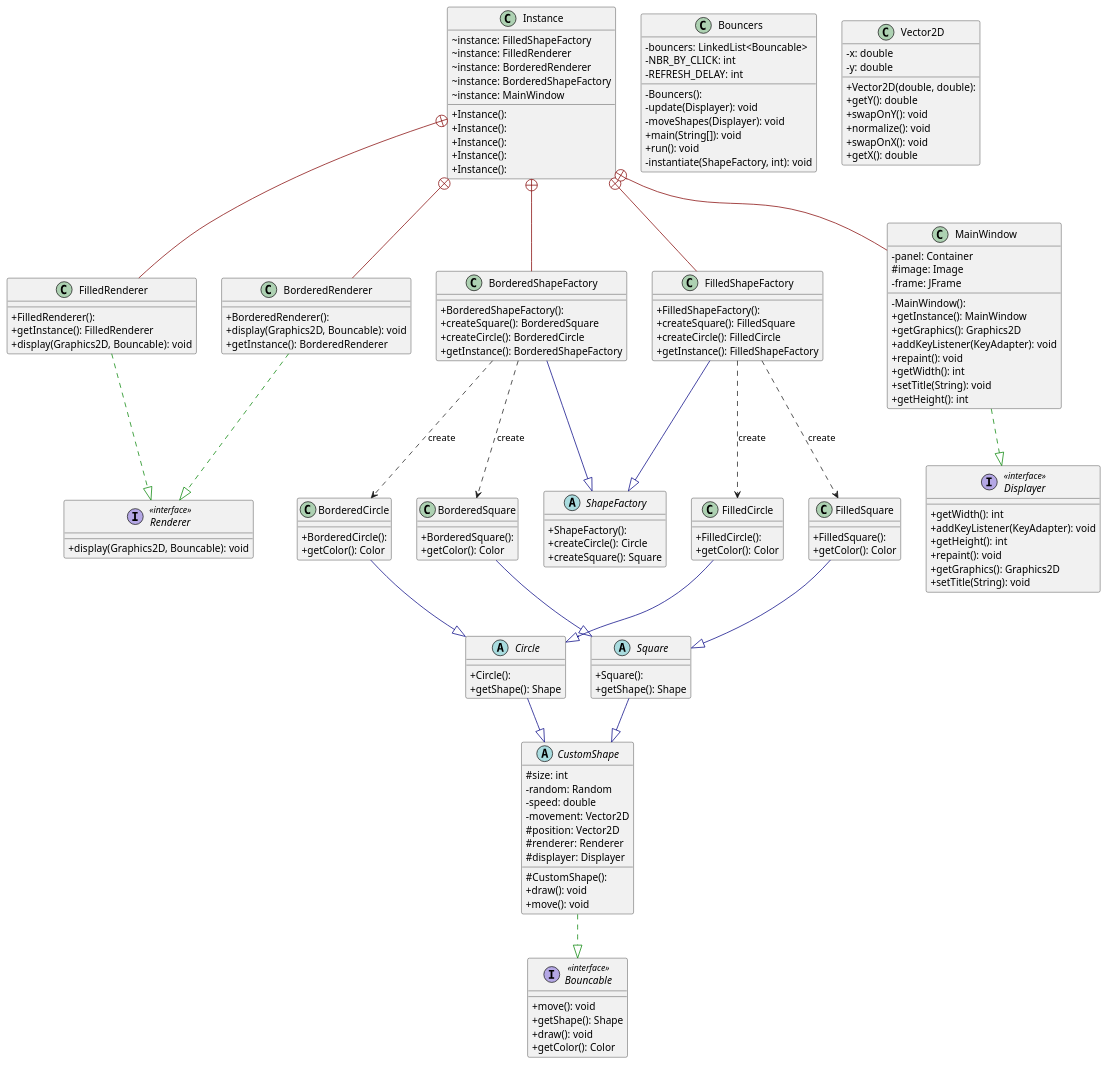
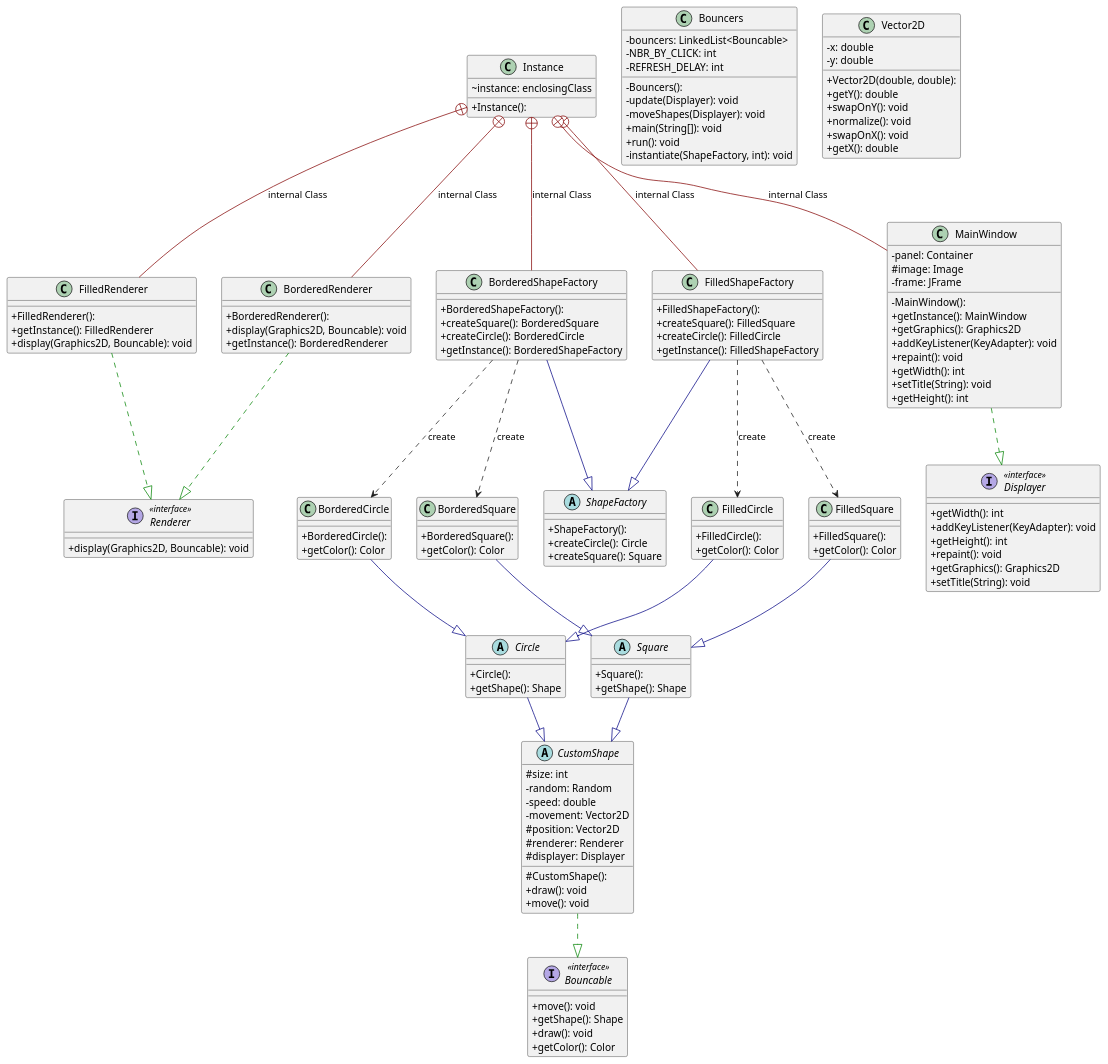
One commit to BetterBlood/WSI_JST_MCR_L2 changed the diagram in UML/diagram.plantuml. Above: the diagram before and after it, drawn with PlantUML. The commit also changed 1 other file, not shown here.

Commit message:
diagram png

```diff
--- a/UML/diagram.plantuml
+++ b/UML/diagram.plantuml
@@ -1,165 +1,149 @@
 @startuml Shapes_L2
 
 skinparam classAttributeIconSize 0
 
 class BorderedCircle {
   + BorderedCircle(): 
   + getColor(): Color
 }
 class BorderedRenderer {
   + BorderedRenderer(): 
   + display(Graphics2D, Bouncable): void
   + getInstance(): BorderedRenderer
 }
 class BorderedShapeFactory {
   + BorderedShapeFactory(): 
   + createSquare(): BorderedSquare
   + createCircle(): BorderedCircle
   + getInstance(): BorderedShapeFactory
 }
 class BorderedSquare {
   + BorderedSquare(): 
   + getColor(): Color
 }
 interface Bouncable << interface >> {
   + move(): void
   + getShape(): Shape
   + draw(): void
   + getColor(): Color
 }
 class Bouncers {
   - Bouncers(): 
   - bouncers: LinkedList<Bouncable>
   - NBR_BY_CLICK: int
   - REFRESH_DELAY: int
   - update(Displayer): void
   - moveShapes(Displayer): void
   + main(String[]): void
   + run(): void
   - instantiate(ShapeFactory, int): void
 }
 abstract class Circle {
   + Circle(): 
   + getShape(): Shape
 }
 abstract class CustomShape {
   # CustomShape(): 
   # size: int
   - random: Random
   - speed: double
   - movement: Vector2D
   # position: Vector2D
   # renderer: Renderer
   # displayer: Displayer
   + draw(): void
   + move(): void
 }
 interface Displayer << interface >> {
   + getWidth(): int
   + addKeyListener(KeyAdapter): void
   + getHeight(): int
   + repaint(): void
   + getGraphics(): Graphics2D
   + setTitle(String): void
 }
 class FilledCircle {
   + FilledCircle(): 
   + getColor(): Color
 }
 class FilledRenderer {
   + FilledRenderer(): 
   + getInstance(): FilledRenderer
   + display(Graphics2D, Bouncable): void
 }
 class FilledShapeFactory {
   + FilledShapeFactory(): 
   + createSquare(): FilledSquare
   + createCircle(): FilledCircle
   + getInstance(): FilledShapeFactory
 }
 class FilledSquare {
   + FilledSquare(): 
   + getColor(): Color
 }
 class Instance {
   + Instance(): 
-  ~ instance: FilledShapeFactory
-}
-class Instance {
-  + Instance(): 
-  ~ instance: FilledRenderer
-}
-class Instance {
-  + Instance(): 
-  ~ instance: BorderedRenderer
-}
-class Instance {
-  + Instance(): 
-  ~ instance: BorderedShapeFactory
-}
-class Instance {
-  + Instance(): 
-  ~ instance: MainWindow
+  ~ instance: enclosingClass
 }
 class MainWindow {
   - MainWindow(): 
   - panel: Container
   # image: Image
   - frame: JFrame
   + getInstance(): MainWindow
   + getGraphics(): Graphics2D
   + addKeyListener(KeyAdapter): void
   + repaint(): void
   + getWidth(): int
   + setTitle(String): void
   + getHeight(): int
 }
 interface Renderer << interface >> {
   + display(Graphics2D, Bouncable): void
 }
 abstract class ShapeFactory {
   + ShapeFactory(): 
   + createCircle(): Circle
   + createSquare(): Square
 }
 abstract class Square {
   + Square(): 
   + getShape(): Shape
 }
 class Vector2D {
   + Vector2D(double, double): 
   - x: double
   - y: double
   + getY(): double
   + swapOnY(): void
   + normalize(): void
   + swapOnX(): void
   + getX(): double
 }
 
 BorderedCircle        -[#000082,plain]-^  Circle               
 BorderedRenderer      -[#008200,dashed]-^  Renderer             
 BorderedShapeFactory  -[#000082,plain]-^  ShapeFactory         
 BorderedSquare        -[#000082,plain]-^  Square               
 Circle                -[#000082,plain]-^  CustomShape          
 CustomShape           -[#008200,dashed]-^  Bouncable            
 FilledCircle          -[#000082,plain]-^  Circle               
 FilledRenderer        -[#008200,dashed]-^  Renderer             
 FilledShapeFactory    -[#000082,plain]-^  ShapeFactory         
 FilledSquare          -[#000082,plain]-^  Square               
-Instance              +-[#820000,plain]-  BorderedRenderer     
-Instance              +-[#820000,plain]-  BorderedShapeFactory 
-Instance              +-[#820000,plain]-  FilledRenderer       
-Instance              +-[#820000,plain]-  FilledShapeFactory   
-Instance              +-[#820000,plain]-  MainWindow           
+Instance              +-[#820000,plain]-  BorderedRenderer : internal Class  
+Instance              +-[#820000,plain]-  BorderedShapeFactory : internal Class
+Instance              +-[#820000,plain]-  FilledRenderer : internal Class      
+Instance              +-[#820000,plain]-  FilledShapeFactory : internal Class   
+Instance              +-[#820000,plain]-  MainWindow : internal Class           
 MainWindow            -[#008200,dashed]-^  Displayer            
 Square                -[#000082,plain]-^  CustomShape  
 
 
 
 BorderedShapeFactory  ..>                 BorderedCircle : create
 BorderedShapeFactory  ..>                 BorderedSquare : create
 
 FilledShapeFactory    ..>                 FilledCircle : create
 FilledShapeFactory    ..>                 FilledSquare : create
 @enduml
```
